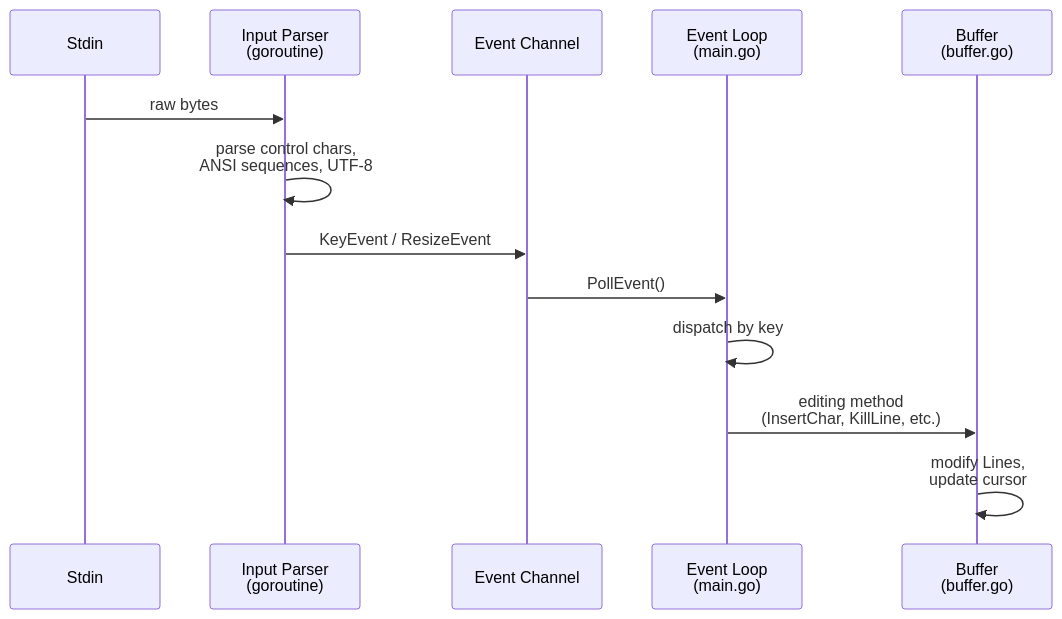
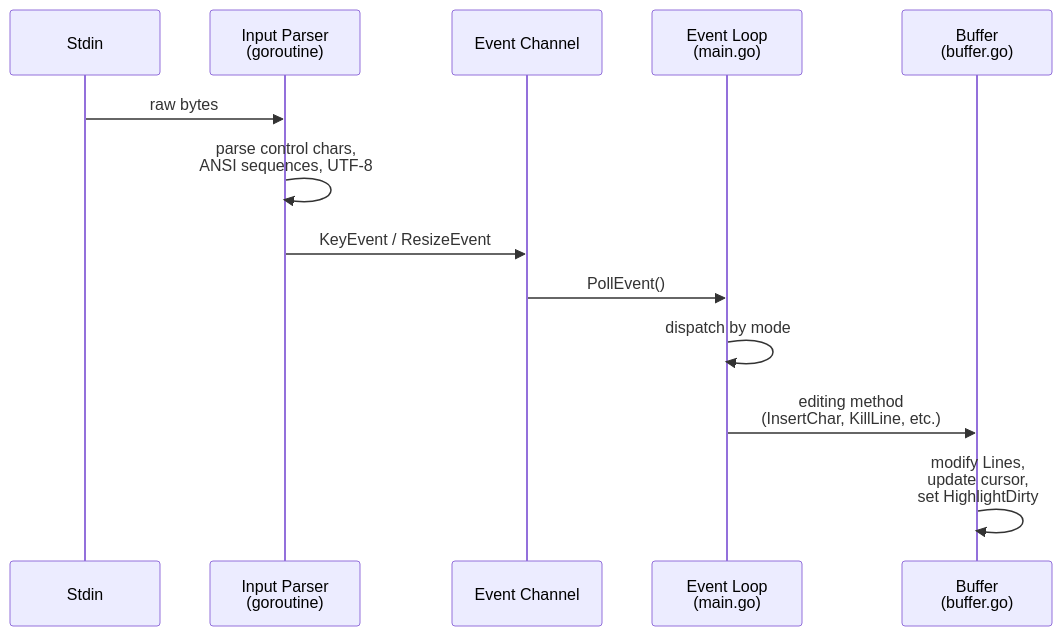
Before and after one commit to ryogrid/gomacs: the second of 4 diagrams in impl_docs/architecture.md, drawn with Mermaid. The commit also changed other lines of this file and 4 other files, not shown here.

````diff
--- a/impl_docs/architecture.md
+++ b/impl_docs/architecture.md
@@ -65,16 +85,16 @@
 ```mermaid
 sequenceDiagram
     participant Stdin
     participant InputParser as Input Parser<br/>(goroutine)
     participant EventChan as Event Channel
     participant EventLoop as Event Loop<br/>(main.go)
     participant Buffer as Buffer<br/>(buffer.go)
 
     Stdin->>InputParser: raw bytes
     InputParser->>InputParser: parse control chars,<br/>ANSI sequences, UTF-8
     InputParser->>EventChan: KeyEvent / ResizeEvent
     EventChan->>EventLoop: PollEvent()
-    EventLoop->>EventLoop: dispatch by key
+    EventLoop->>EventLoop: dispatch by mode
     EventLoop->>Buffer: editing method<br/>(InsertChar, KillLine, etc.)
-    Buffer->>Buffer: modify Lines,<br/>update cursor
+    Buffer->>Buffer: modify Lines,<br/>update cursor,<br/>set HighlightDirty
 ```
````
